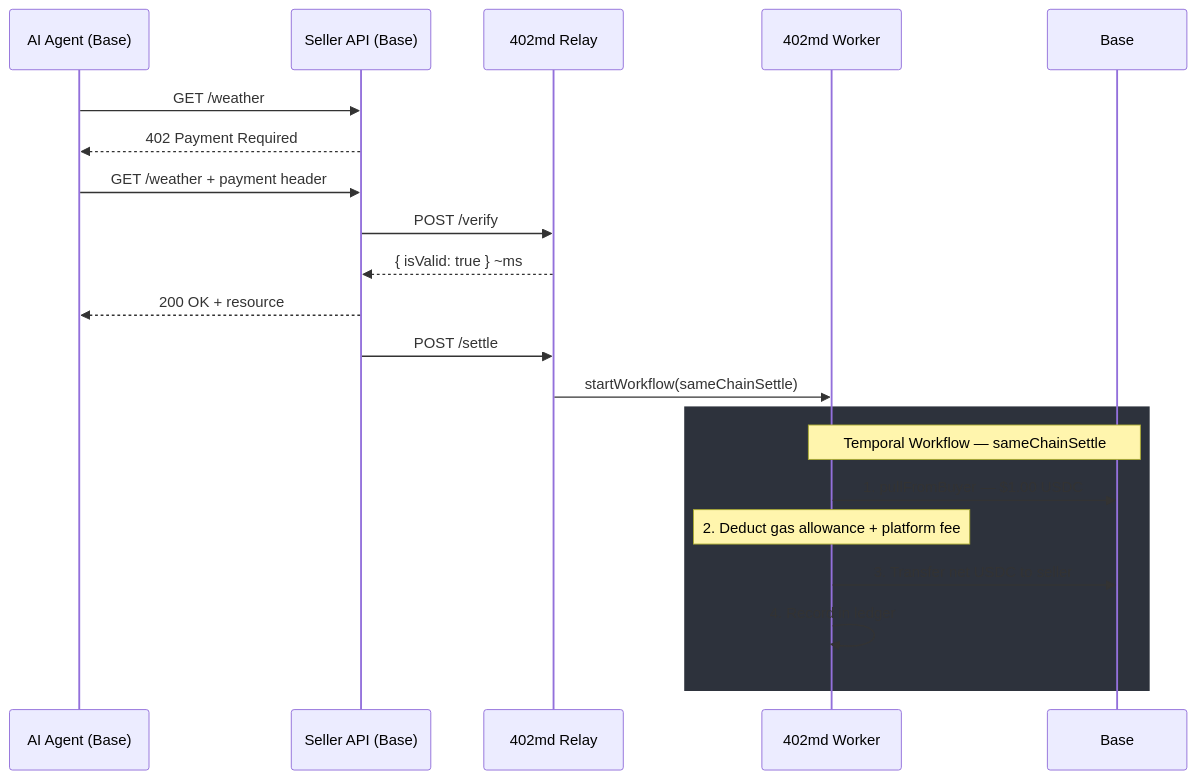
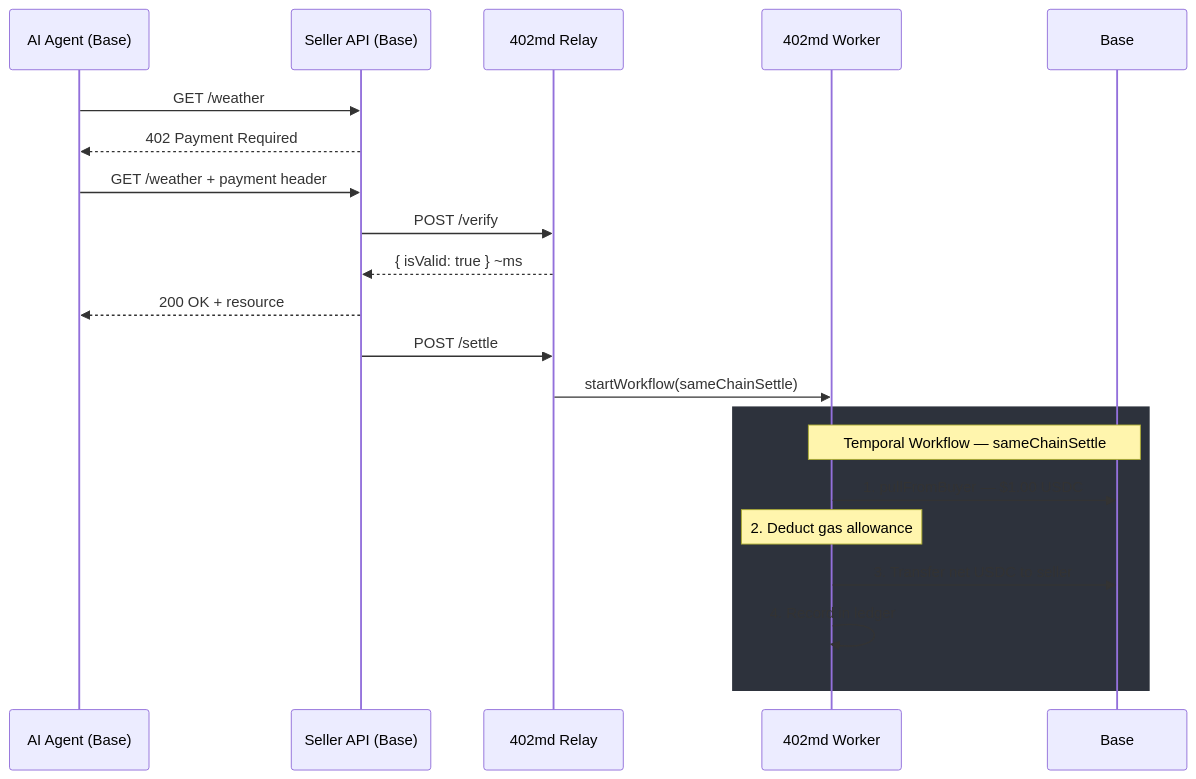
The second of 3 diagrams in README.md (402md/facilitator), drawn with Mermaid before and after one commit. The commit also changed other lines of this file and 1 other file, not shown here.

Commit message:
docs: expand readme with oss positioning, api reference, and free-forever fee model

````diff
--- a/README.md
+++ b/README.md
@@ -68,27 +100,27 @@
 ```mermaid
 sequenceDiagram
     participant Agent as AI Agent (Base)
     participant Seller as Seller API (Base)
     participant Relay as 402md Relay
     participant Worker as 402md Worker
     participant Chain as Base
 
     Agent->>Seller: GET /weather
     Seller-->>Agent: 402 Payment Required
 
     Agent->>Seller: GET /weather + payment header
     Seller->>Relay: POST /verify
     Relay-->>Seller: { isValid: true } ~ms
     Seller-->>Agent: 200 OK + resource
 
     Seller->>Relay: POST /settle
     Relay->>Worker: startWorkflow(sameChainSettle)
 
     rect rgb(45, 50, 60)
         Note over Worker,Chain: Temporal Workflow — sameChainSettle
         Worker->>Chain: 1. pullFromBuyer — $1.00 USDC
-        Note over Worker: 2. Deduct gas allowance + platform fee
+        Note over Worker: 2. Deduct gas allowance
         Worker->>Chain: 3. Transfer net USDC to seller
         Worker->>Worker: 4. Record in ledger
     end
 ```
````
